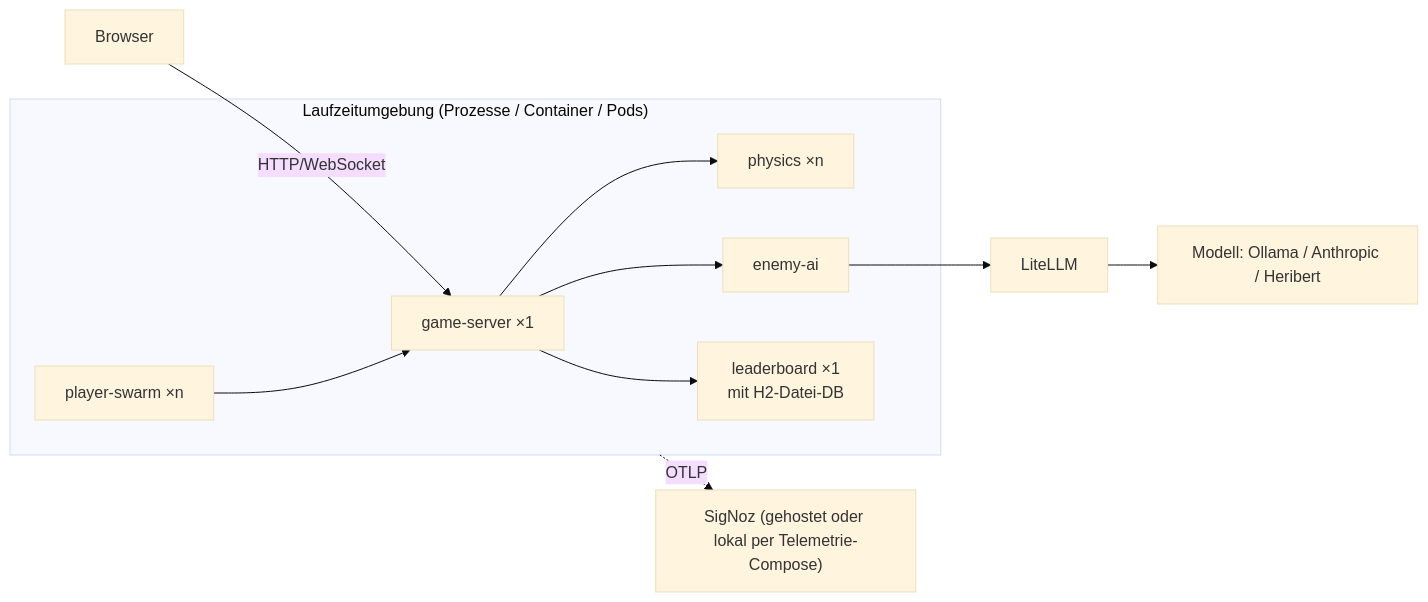
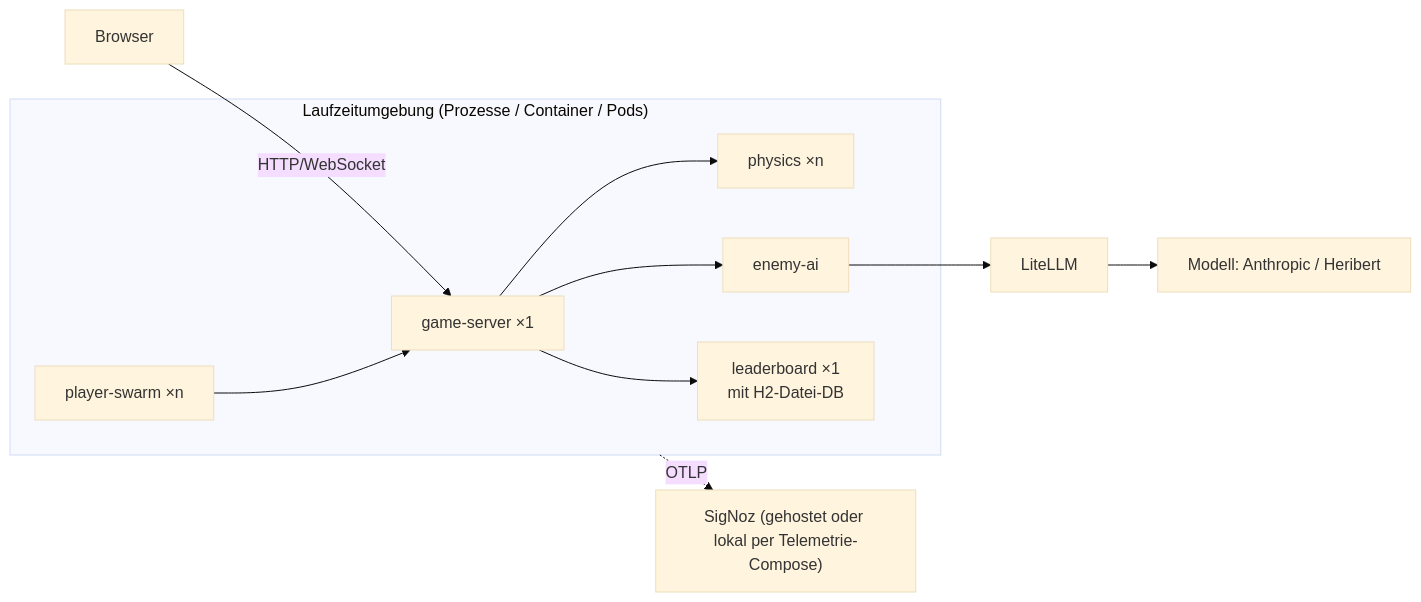
The diagram in arc-doc/07-Verteilungssicht/07-01-Infrastruktur.md (c-kaiser/u-boot-arcade), drawn with Mermaid (base theme) before and after one commit. The commit also changed other lines of this file and 17 other files, not shown here.

````diff
--- a/arc-doc/07-Verteilungssicht/07-01-Infrastruktur.md
+++ b/arc-doc/07-Verteilungssicht/07-01-Infrastruktur.md
@@ -19,15 +19,15 @@
 ```mermaid
 flowchart LR
     U["Browser"] -- "HTTP/WebSocket" --> GS
     subgraph Knoten["Laufzeitumgebung (Prozesse / Container / Pods)"]
         GS["game-server ×1"]
         PH["physics ×n"]
         AI["enemy-ai"]
         LB["leaderboard ×1<br/>mit H2-Datei-DB"]
         SW["player-swarm ×n"]
     end
     SW --> GS
     GS --> PH & AI & LB
-    AI --> LL["LiteLLM"] --> M["Modell: Ollama / Anthropic / Heribert"]
+    AI --> LL["LiteLLM"] --> M["Modell: Anthropic / Heribert"]
     Knoten -. OTLP .-> O["SigNoz (gehostet oder lokal per Telemetrie-Compose)"]
 ```
````
